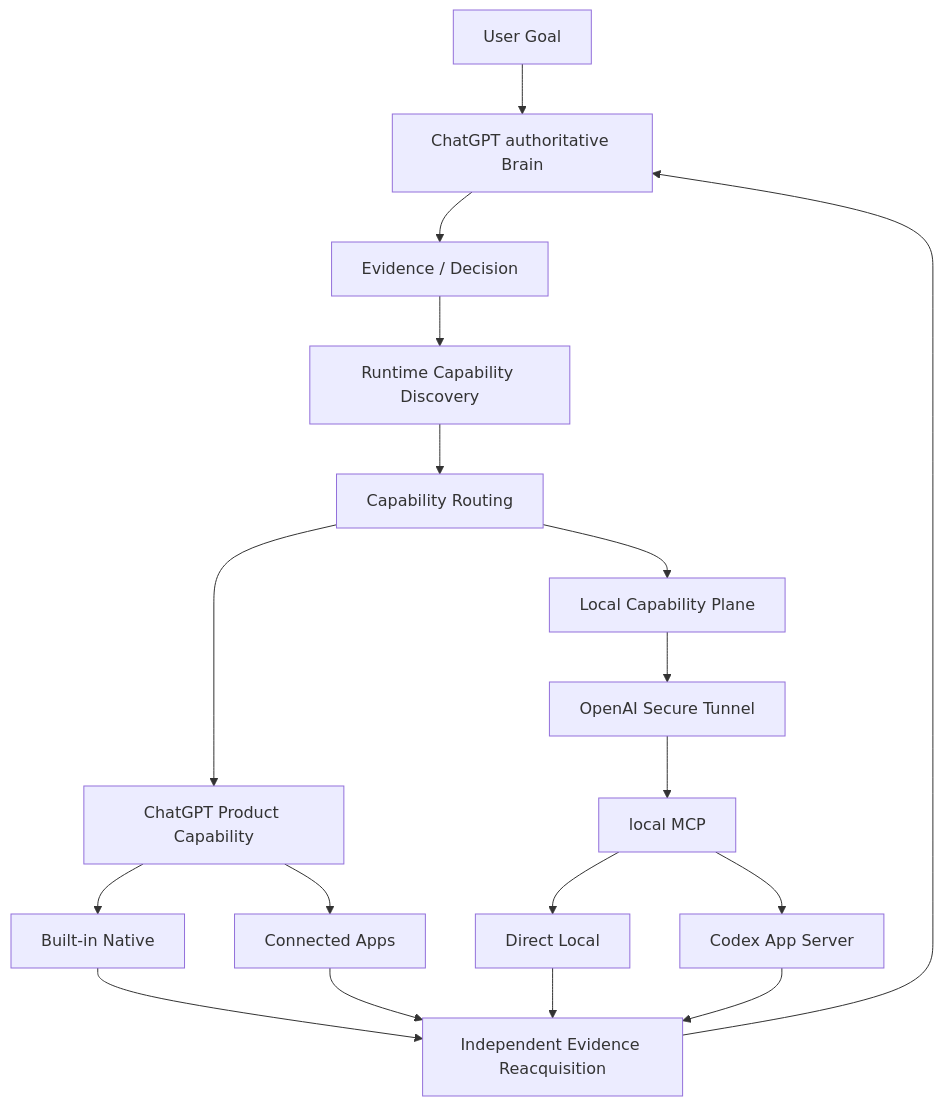
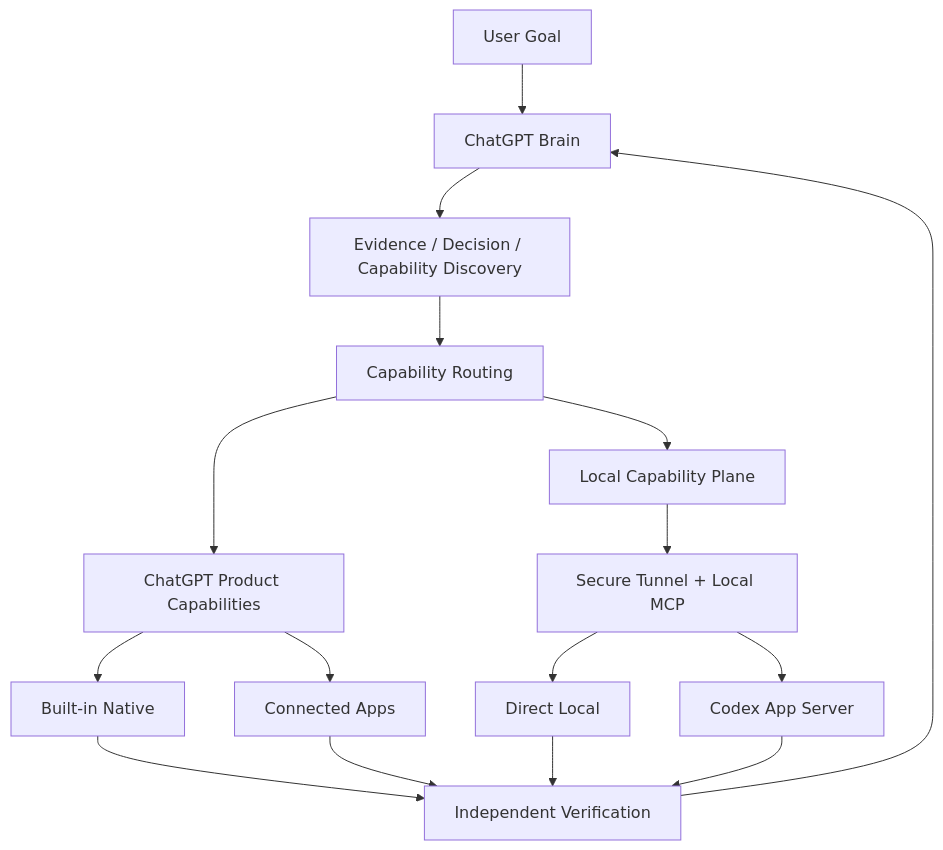
The diagram in README.md (SIMON-WORLD/chatgpt-codex-orchestrator), drawn with Mermaid before and after one commit. The commit also changed other lines of this file, not shown here.

````diff
--- a/README.md
+++ b/README.md
@@ -25,23 +45,21 @@
 ```mermaid
 flowchart TD
-    U[User Goal] --> B[ChatGPT authoritative Brain]
-    B --> E[Evidence / Decision]
-    E --> D[Runtime Capability Discovery]
+    U[User Goal] --> B[ChatGPT Brain]
+    B --> D[Evidence / Decision / Capability Discovery]
     D --> R[Capability Routing]
 
-    R --> PN[ChatGPT Product Capability]
-    PN --> N[Built-in Native]
-    PN --> A[Connected Apps]
+    R --> P[ChatGPT Product Capabilities]
+    P --> N[Built-in Native]
+    P --> A[Connected Apps]
 
-    R --> LP[Local Capability Plane]
-    LP --> T[OpenAI Secure Tunnel]
-    T --> MCP[local MCP]
+    R --> L[Local Capability Plane]
+    L --> MCP[Secure Tunnel + Local MCP]
     MCP --> DL[Direct Local]
-    MCP --> CA[Codex App Server]
+    MCP --> C[Codex App Server]
 
-    N --> V[Independent Evidence Reacquisition]
+    N --> V[Independent Verification]
     A --> V
     DL --> V
-    CA --> V
+    C --> V
     V --> B
 ```
````
